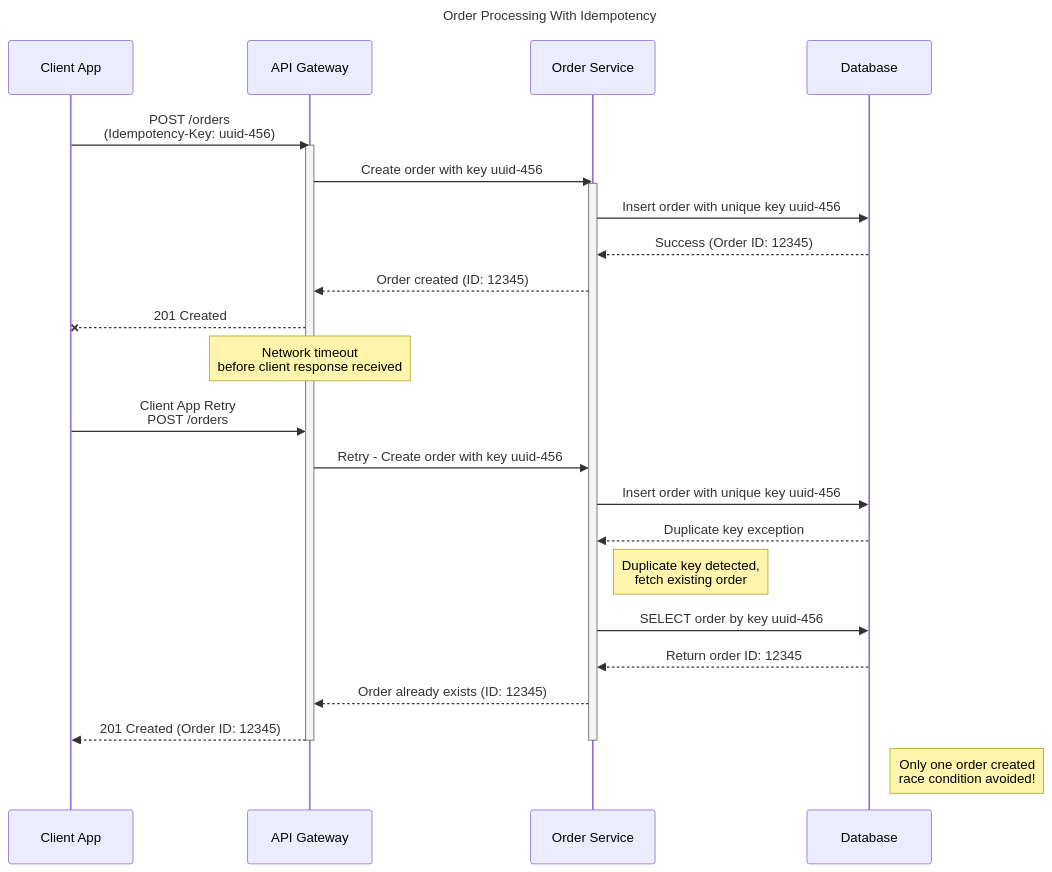
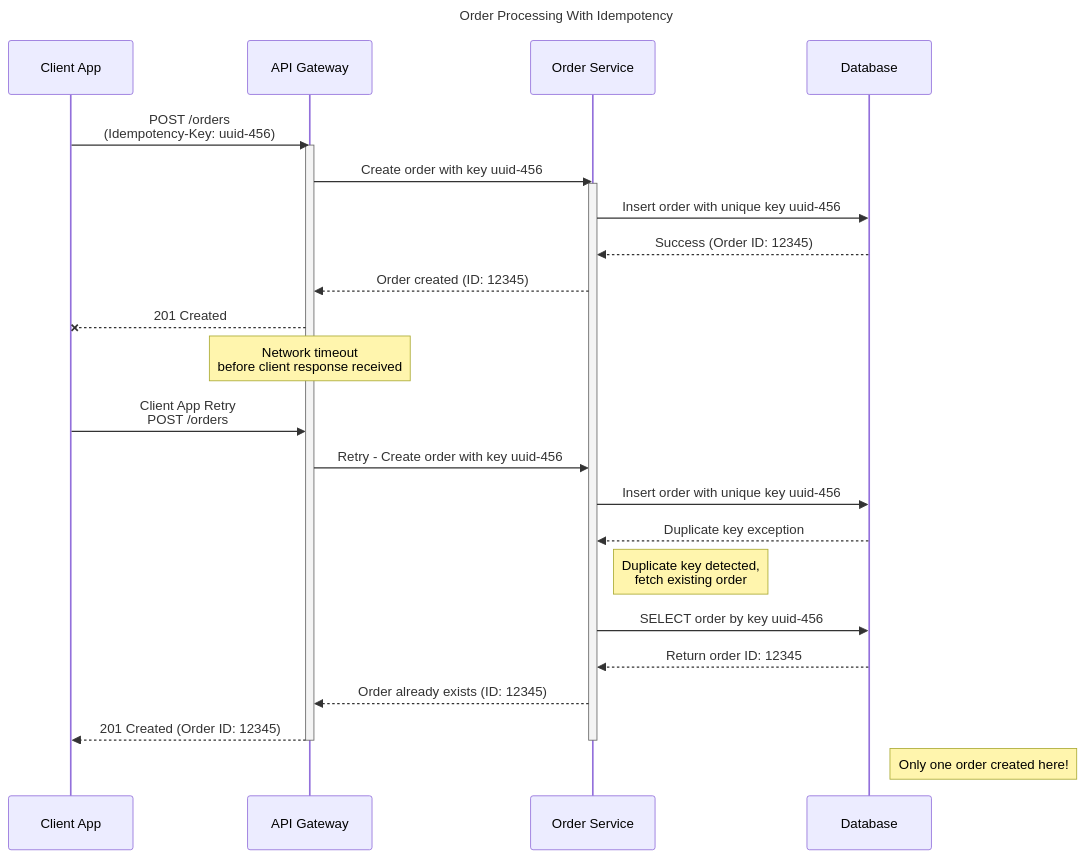
Before and after one commit to wildansupernova/wildansupernova.github.io: the second of 3 diagrams in software-engineering/_posts/2025-05-12-How to Implements Idempotent API Properly.md, drawn with Mermaid.

````diff
--- a/software-engineering/_posts/2025-05-12-How to Implements Idempotent API Properly.md
+++ b/software-engineering/_posts/2025-05-12-How to Implements Idempotent API Properly.md
@@ -127,34 +127,34 @@
 ```mermaid
 sequenceDiagram
     title Order Processing With Idempotency
     
     participant Client as Client App
     participant Gateway as API Gateway
     participant Order as Order Service
     participant DB as Database
 
     Client->>Gateway: POST /orders<br/>(Idempotency-Key: uuid-456)
     activate Gateway
     Gateway->>Order: Create order with key uuid-456
     activate Order
     Order->>DB: Insert order with unique key uuid-456
     DB-->>Order: Success (Order ID: 12345)
     Order-->>Gateway: Order created (ID: 12345)
     Gateway --x Client: 201 Created
 
     Note over Gateway: Network timeout<br/>before client response received
     Client ->> Gateway: Client App Retry<br> POST /orders
     Gateway->>Order: Retry - Create order with key uuid-456
     Order->>DB: Insert order with unique key uuid-456
     DB-->>Order: Duplicate key exception
     Note right of Order: Duplicate key detected,<br/>fetch existing order
     Order->>DB: SELECT order by key uuid-456
     DB-->>Order: Return order ID: 12345
     Order-->>Gateway: Order already exists (ID: 12345)
 
     Gateway-->>Client: 201 Created (Order ID: 12345)
     deactivate Gateway
     deactivate Order
 
-    Note right of DB: Only one order created<br/>race condition avoided!
+    Note right of DB: Only one order created here!
 ```
````
